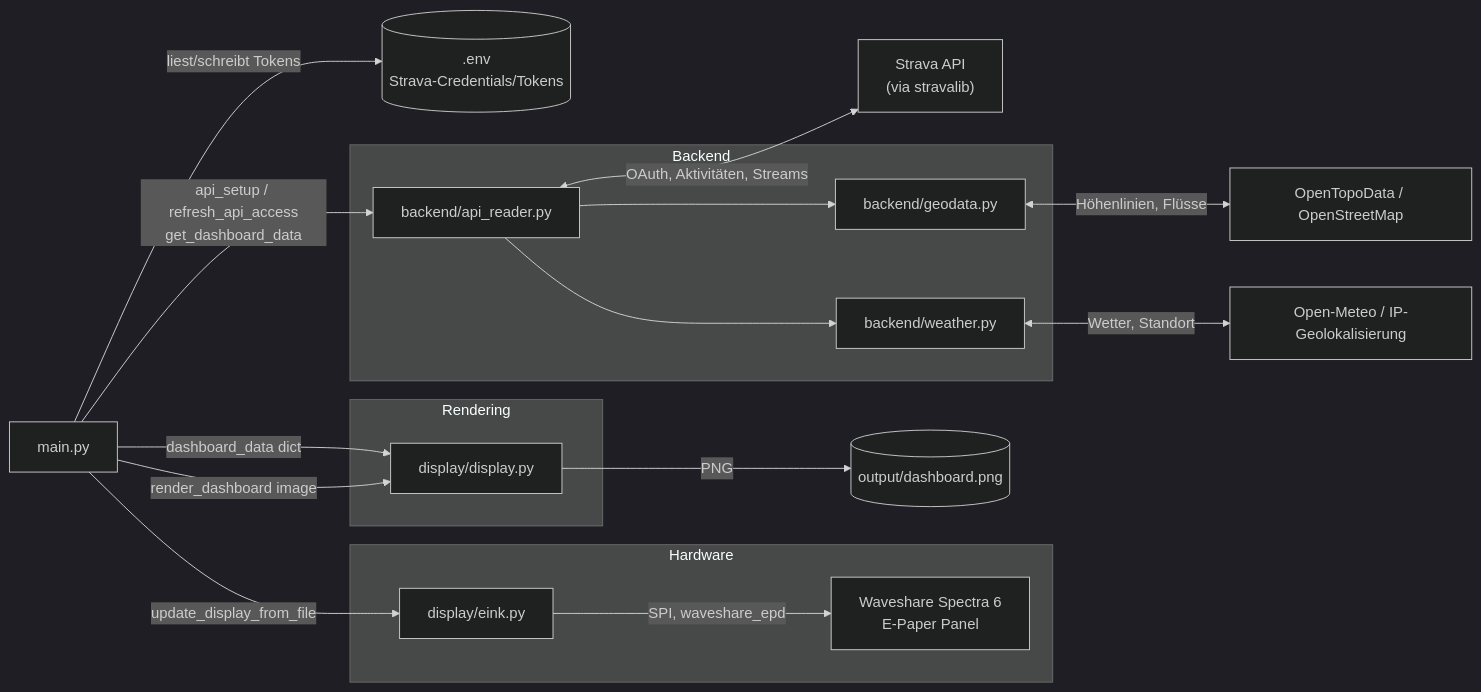
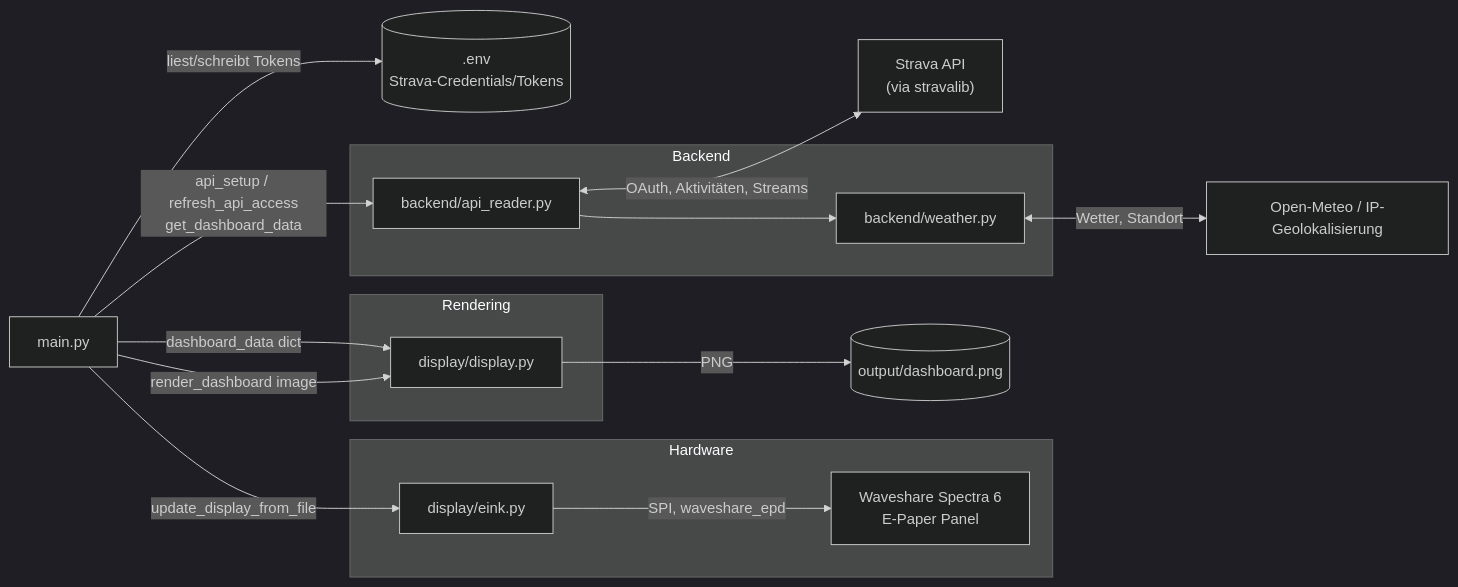
Before and after one commit to jschoenau18/strava-display: the first of 2 diagrams in README.md, drawn with Mermaid (dark theme). The commit also changed other lines of this file and 4 other files, not shown here.

Commit message:
renomved geo background and add profile graphic

````diff
--- a/README.md
+++ b/README.md
@@ -30,33 +29,30 @@
 ```mermaid
 graph LR
     ENV[(".env\nStrava-Credentials/Tokens")]
     STRAVA["Strava API\n(via stravalib)"]
 
     subgraph Backend
         API["backend/api_reader.py"]
-        GEO["backend/geodata.py"]
         WEATHER["backend/weather.py"]
     end
 
     subgraph Rendering
         DISP["display/display.py"]
     end
 
     subgraph Hardware
         EINK["display/eink.py"]
         PANEL["Waveshare Spectra 6\nE-Paper Panel"]
     end
 
     MAIN["main.py"] -->|liest/schreibt Tokens| ENV
     MAIN -->|api_setup / refresh_api_access\nget_dashboard_data| API
     API <-->|OAuth, Aktivitäten, Streams| STRAVA
-    API --> GEO
     API --> WEATHER
-    GEO <-->|Höhenlinien, Flüsse| MAP["OpenTopoData / OpenStreetMap"]
     WEATHER <-->|Wetter, Standort| WX["Open-Meteo / IP-Geolokalisierung"]
     MAIN -->|dashboard_data dict| DISP
     DISP -->|PNG| OUT[("output/dashboard.png")]
     MAIN -->|render_dashboard image| DISP
     MAIN -->|update_display_from_file| EINK
     EINK -->|SPI, waveshare_epd| PANEL
 ```
````
